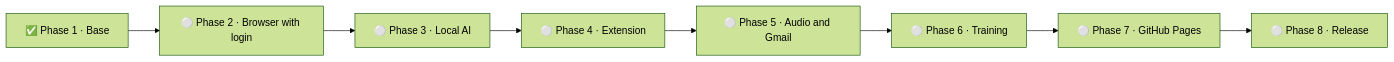
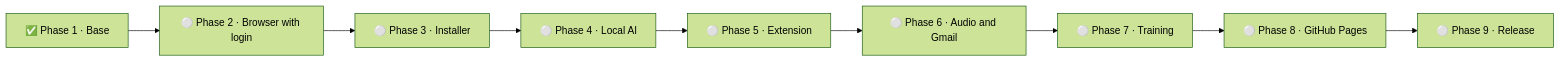
Before and after one commit to fezarosa-dev/joBot: the diagram in wiki/Roadmap.md, drawn with Mermaid (forest theme). The commit also changed other lines of this file and 39 other files, not shown here.

````diff
--- a/wiki/Roadmap.md
+++ b/wiki/Roadmap.md
@@ -12,5 +12,6 @@
 ```mermaid
 flowchart LR
-    F1["✅ Phase 1 · Base"] --> F2["⚪ Phase 2 · Browser with login"] --> F3["⚪ Phase 3 · Local AI"] --> F4["⚪ Phase 4 · Extension"]
-    F4 --> F5["⚪ Phase 5 · Audio and Gmail"] --> F6["⚪ Phase 6 · Training"] --> F7["⚪ Phase 7 · GitHub Pages"] --> F8["⚪ Phase 8 · Release"]
+    F1["✅ Phase 1 · Base"] --> F2["⚪ Phase 2 · Browser with login"] --> F3["⚪ Phase 3 · Installer"] --> F4["⚪ Phase 4 · Local AI"]
+    F4 --> F5["⚪ Phase 5 · Extension"] --> F6["⚪ Phase 6 · Audio and Gmail"] --> F7["⚪ Phase 7 · Training"]
+    F7 --> F8["⚪ Phase 8 · GitHub Pages"] --> F9["⚪ Phase 9 · Release"]
 ```
````
